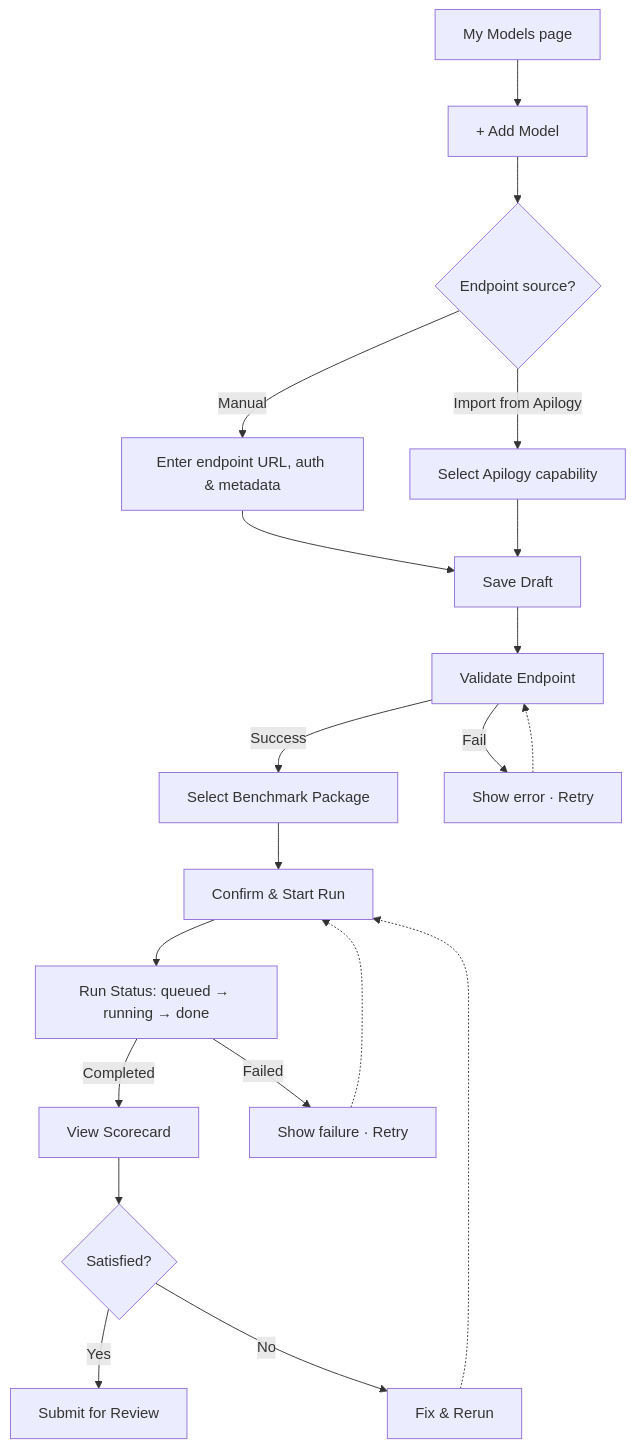
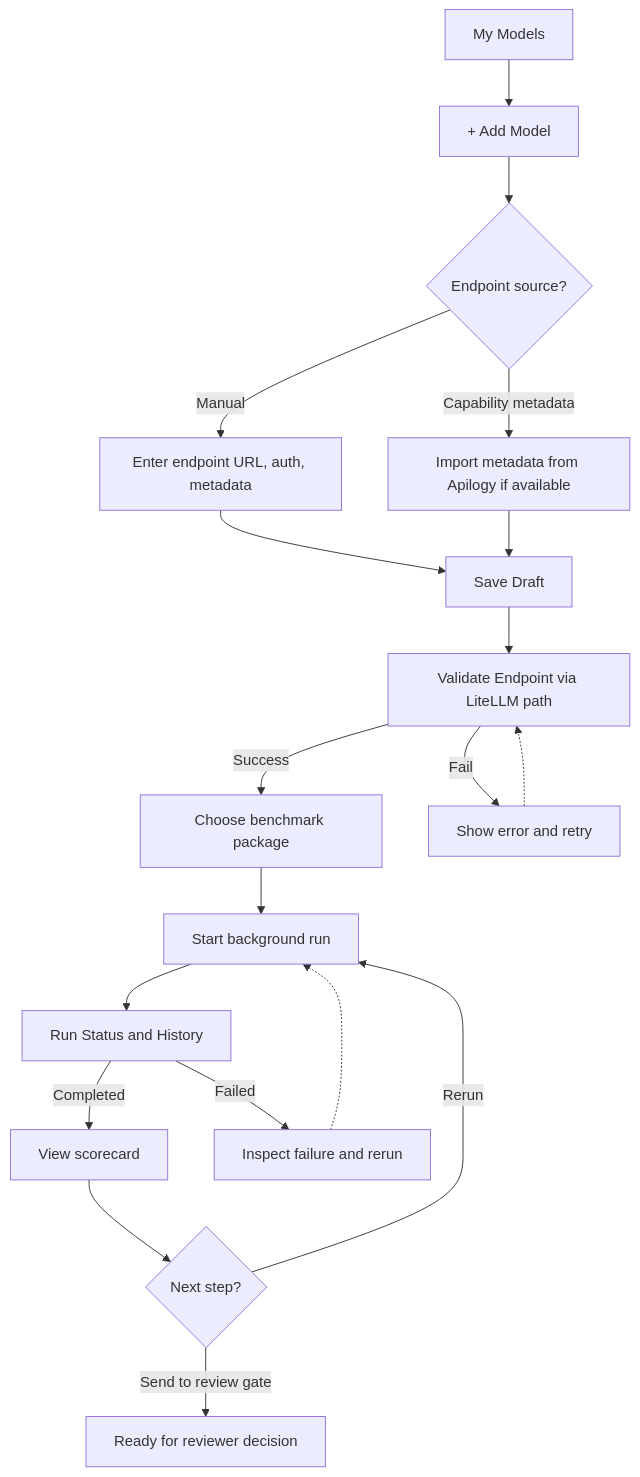
One commit to FaldyMaul/SecurityAI changed the first of 5 diagrams in AISandboxDev/02_Product_UI/User_Flow.md. Above: the diagram before and after it, drawn with Mermaid. The commit also changed other lines of this file and 328 other files, not shown here.

````diff
--- a/AISandboxDev/02_Product_UI/User_Flow.md
+++ b/AISandboxDev/02_Product_UI/User_Flow.md
@@ -17,22 +22,21 @@
 ```mermaid
 flowchart TD
-  A["My Models page"] --> B["+ Add Model"]
+  A["My Models"] --> B["+ Add Model"]
   B --> C{"Endpoint source?"}
-  C -- Manual --> D["Enter endpoint URL, auth & metadata"]
-  C -- Import from Apilogy --> E["Select Apilogy capability"]
+  C -- Manual --> D["Enter endpoint URL, auth, metadata"]
+  C -- Capability metadata --> E["Import metadata from Apilogy if available"]
   D --> F["Save Draft"]
   E --> F
-  F --> G["Validate Endpoint"]
-  G -- Success --> H["Select Benchmark Package"]
-  G -- Fail --> G2["Show error · Retry"]
+  F --> G["Validate Endpoint via LiteLLM path"]
+  G -- Success --> H["Choose benchmark package"]
+  G -- Fail --> G2["Show error and retry"]
   G2 -.-> G
-  H --> I["Confirm & Start Run"]
-  I --> J["Run Status: queued → running → done"]
-  J -- Completed --> K["View Scorecard"]
-  J -- Failed --> J2["Show failure · Retry"]
+  H --> I["Start background run"]
+  I --> J["Run Status and History"]
+  J -- Completed --> K["View scorecard"]
+  J -- Failed --> J2["Inspect failure and rerun"]
   J2 -.-> I
-  K --> L{"Satisfied?"}
-  L -- Yes --> M["Submit for Review"]
-  L -- No --> N["Fix & Rerun"]
-  N -.-> I
+  K --> L{"Next step?"}
+  L -- Rerun --> I
+  L -- Send to review gate --> M["Ready for reviewer decision"]
 ```
````
